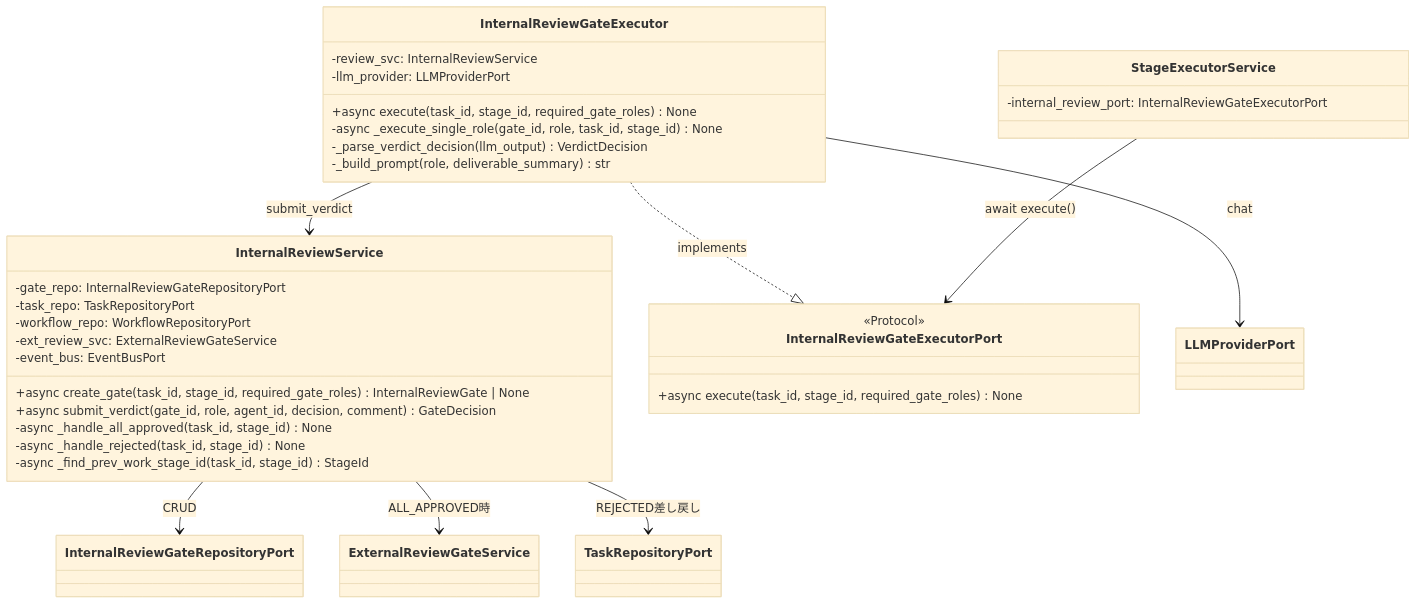
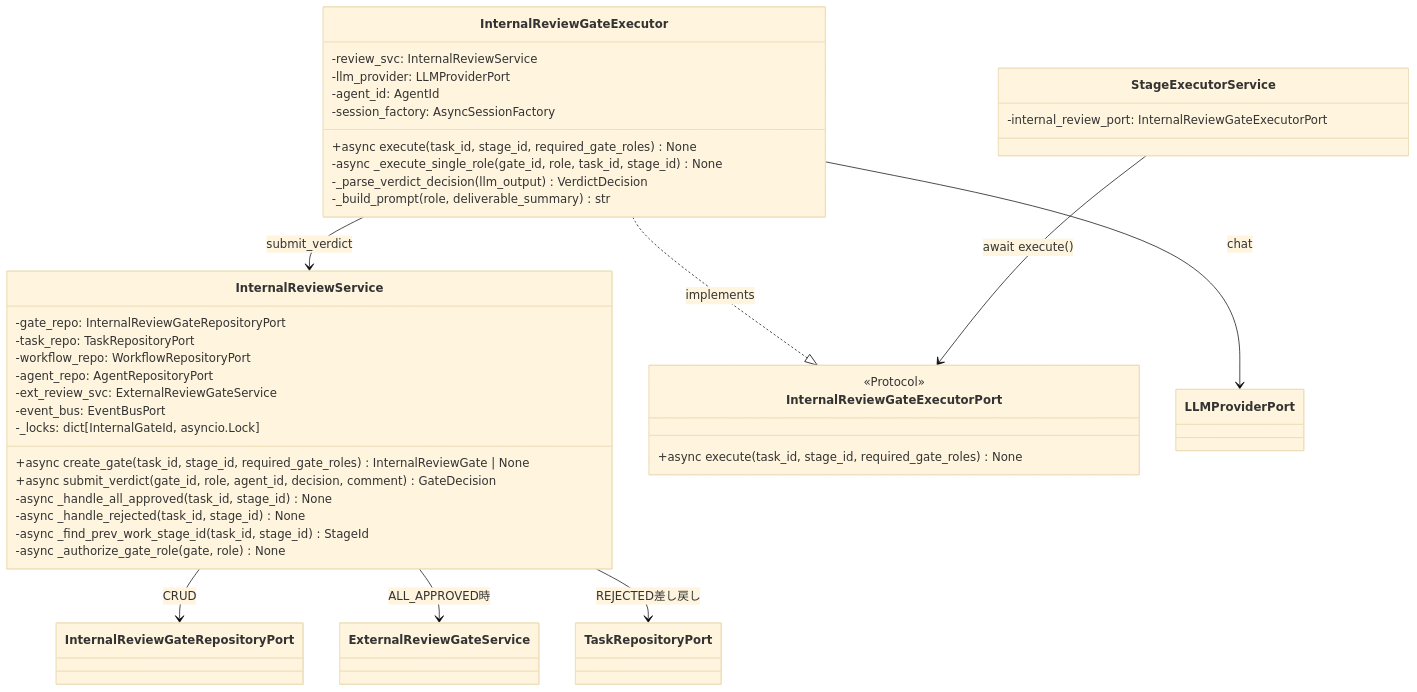
One commit to bakufu-dev/bakufu changed the first of 2 diagrams in docs/features/internal-review-gate/application/basic-design.md. Above: the diagram before and after it, drawn with Mermaid (base theme). The commit also changed other lines of this file and 1 other file, not shown here.

````diff
--- a/docs/features/internal-review-gate/application/basic-design.md
+++ b/docs/features/internal-review-gate/application/basic-design.md
@@ -88,38 +88,43 @@
 ```mermaid
 classDiagram
     class InternalReviewService {
         -gate_repo: InternalReviewGateRepositoryPort
         -task_repo: TaskRepositoryPort
         -workflow_repo: WorkflowRepositoryPort
+        -agent_repo: AgentRepositoryPort
         -ext_review_svc: ExternalReviewGateService
         -event_bus: EventBusPort
+        -_locks: dict[InternalGateId, asyncio.Lock]
         +async create_gate(task_id, stage_id, required_gate_roles) InternalReviewGate | None
         +async submit_verdict(gate_id, role, agent_id, decision, comment) GateDecision
         -async _handle_all_approved(task_id, stage_id) None
         -async _handle_rejected(task_id, stage_id) None
         -async _find_prev_work_stage_id(task_id, stage_id) StageId
+        -async _authorize_gate_role(gate, role) None
     }
     class InternalReviewGateExecutor {
         -review_svc: InternalReviewService
         -llm_provider: LLMProviderPort
+        -agent_id: AgentId
+        -session_factory: AsyncSessionFactory
         +async execute(task_id, stage_id, required_gate_roles) None
         -async _execute_single_role(gate_id, role, task_id, stage_id) None
         -_parse_verdict_decision(llm_output) VerdictDecision
         -_build_prompt(role, deliverable_summary) str
     }
     class InternalReviewGateExecutorPort {
         <<Protocol>>
         +async execute(task_id, stage_id, required_gate_roles) None
     }
     class StageExecutorService {
         -internal_review_port: InternalReviewGateExecutorPort
     }
 
     InternalReviewGateExecutor ..|> InternalReviewGateExecutorPort : implements
     InternalReviewGateExecutor --> InternalReviewService : submit_verdict
     InternalReviewGateExecutor --> LLMProviderPort : chat
     InternalReviewService --> InternalReviewGateRepositoryPort : CRUD
     InternalReviewService --> ExternalReviewGateService : ALL_APPROVED時
     InternalReviewService --> TaskRepositoryPort : REJECTED差し戻し
     StageExecutorService --> InternalReviewGateExecutorPort : await execute()
 ```
````
